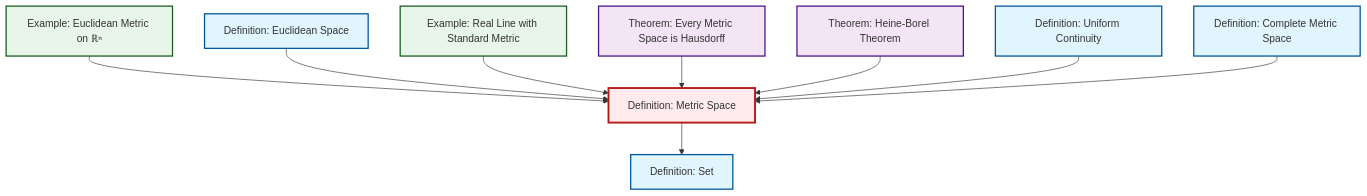
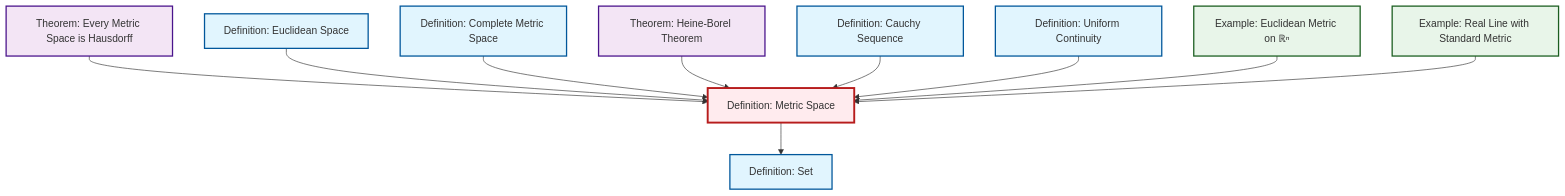
Before and after one commit to RK0429/ModernMath: the diagram in content/en/analysis/def-metric-space.qmd, drawn with Mermaid. The commit also changed 531 other files, not shown here.

````diff
--- a/content/en/analysis/def-metric-space.qmd
+++ b/content/en/analysis/def-metric-space.qmd
@@ -50,35 +50,38 @@
 ```{mermaid}
 %%| fig-cap: "Local dependency graph"
 graph TD
     classDef definition fill:#e1f5fe,stroke:#01579b,stroke-width:2px
     classDef theorem fill:#f3e5f5,stroke:#4a148c,stroke-width:2px
     classDef axiom fill:#fff3e0,stroke:#e65100,stroke-width:2px
     classDef example fill:#e8f5e9,stroke:#1b5e20,stroke-width:2px
     classDef current fill:#ffebee,stroke:#b71c1c,stroke-width:3px
+    def-metric-space["Definition: Metric Space"]:::definition
+    def-set["Definition: Set"]:::definition
+    thm-metric-hausdorff["Theorem: Every Metric Space is Hausdorff"]:::theorem
+    def-euclidean-space["Definition: Euclidean Space"]:::definition
+    ex-real-line-metric["Example: Real Line with Standard Metric"]:::example
     def-uniform-continuity["Definition: Uniform Continuity"]:::definition
-    ex-real-line-metric["Example: Real Line with Standard Metric"]:::example
-    def-set["Definition: Set"]:::definition
+    ex-euclidean-metric["Example: Euclidean Metric on ℝⁿ"]:::example
+    thm-heine-borel["Theorem: Heine-Borel Theorem"]:::theorem
+    def-cauchy-sequence["Definition: Cauchy Sequence"]:::definition
     def-complete-metric-space["Definition: Complete Metric Space"]:::definition
-    def-euclidean-space["Definition: Euclidean Space"]:::definition
-    thm-metric-hausdorff["Theorem: Every Metric Space is Hausdorff"]:::theorem
-    def-metric-space["Definition: Metric Space"]:::definition
-    thm-heine-borel["Theorem: Heine-Borel Theorem"]:::theorem
-    ex-euclidean-metric["Example: Euclidean Metric on ℝⁿ"]:::example
-    ex-euclidean-metric --> def-metric-space
+    thm-metric-hausdorff --> def-metric-space
     def-metric-space --> def-set
     def-euclidean-space --> def-metric-space
+    def-complete-metric-space --> def-metric-space
+    thm-heine-borel --> def-metric-space
+    def-cauchy-sequence --> def-metric-space
+    def-uniform-continuity --> def-metric-space
+    ex-euclidean-metric --> def-metric-space
     ex-real-line-metric --> def-metric-space
-    thm-metric-hausdorff --> def-metric-space
-    thm-heine-borel --> def-metric-space
-    def-uniform-continuity --> def-metric-space
-    def-complete-metric-space --> def-metric-space
     class def-metric-space current
+    click def-set "def-set.html" "Go to Set definition"
+    click thm-metric-hausdorff "thm-metric-hausdorff.html" "Go to Every Metric Space is Hausdorff theorem"
+    click def-euclidean-space "def-euclidean-space.html" "Go to Euclidean Space definition"
+    click ex-real-line-metric "ex-real-line-metric.html" "Go to Real Line with Standard Metric example"
     click def-uniform-continuity "def-uniform-continuity.html" "Go to Uniform Continuity definition"
-    click ex-real-line-metric "ex-real-line-metric.html" "Go to Real Line with Standard Metric example"
-    click def-set "def-set.html" "Go to Set definition"
+    click ex-euclidean-metric "ex-euclidean-metric.html" "Go to Euclidean Metric on ℝⁿ example"
+    click thm-heine-borel "thm-heine-borel.html" "Go to Heine-Borel Theorem theorem"
+    click def-cauchy-sequence "def-cauchy-sequence.html" "Go to Cauchy Sequence definition"
     click def-complete-metric-space "def-complete-metric-space.html" "Go to Complete Metric Space definition"
-    click def-euclidean-space "def-euclidean-space.html" "Go to Euclidean Space definition"
-    click thm-metric-hausdorff "thm-metric-hausdorff.html" "Go to Every Metric Space is Hausdorff theorem"
-    click thm-heine-borel "thm-heine-borel.html" "Go to Heine-Borel Theorem theorem"
-    click ex-euclidean-metric "ex-euclidean-metric.html" "Go to Euclidean Metric on ℝⁿ example"
 ```
````
